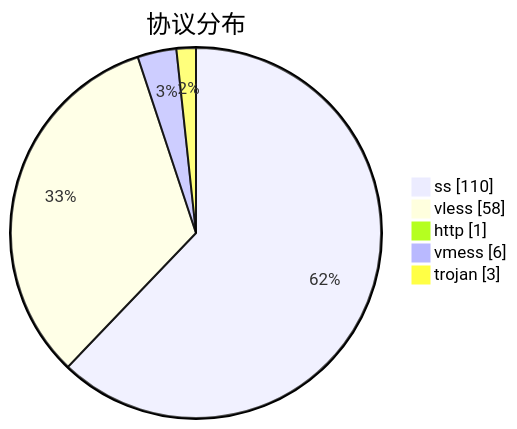
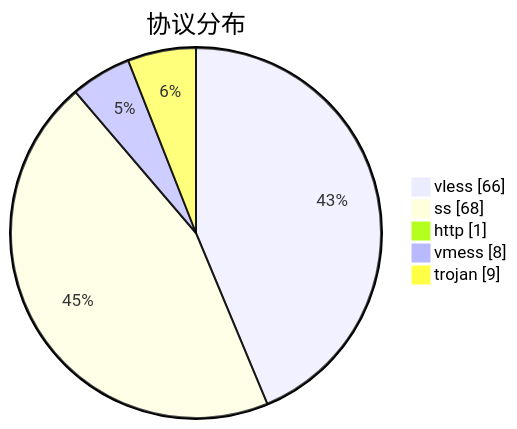
The third of 3 diagrams in subs/statistics/tested_within.md (qjlxg/airport), drawn with Mermaid before and after one commit. The commit also changed other lines of this file and 2 other files, not shown here.

````diff
--- a/subs/statistics/tested_within.md
+++ b/subs/statistics/tested_within.md
@@ -26,9 +27,9 @@
 ```mermaid
 pie showData
 title 协议分布
-"ss" : 110
-"vless" : 58
+"vless" : 66
+"ss" : 68
 "http" : 1
-"vmess" : 6
-"trojan" : 3
+"vmess" : 8
+"trojan" : 9
 ```
````
